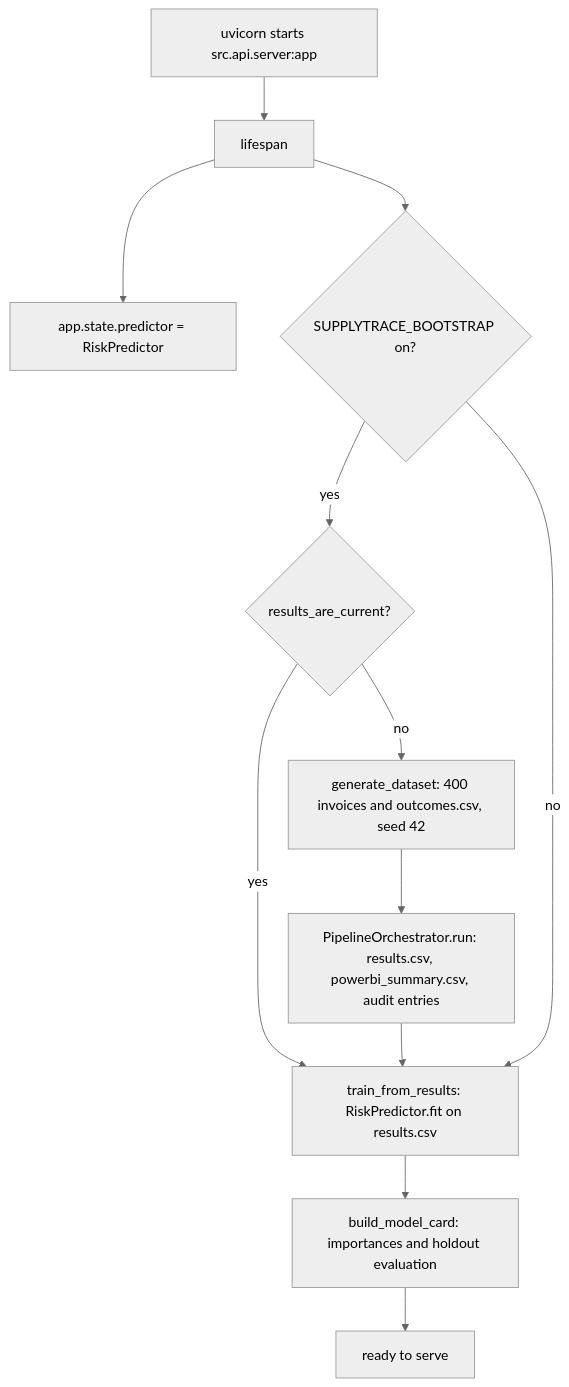
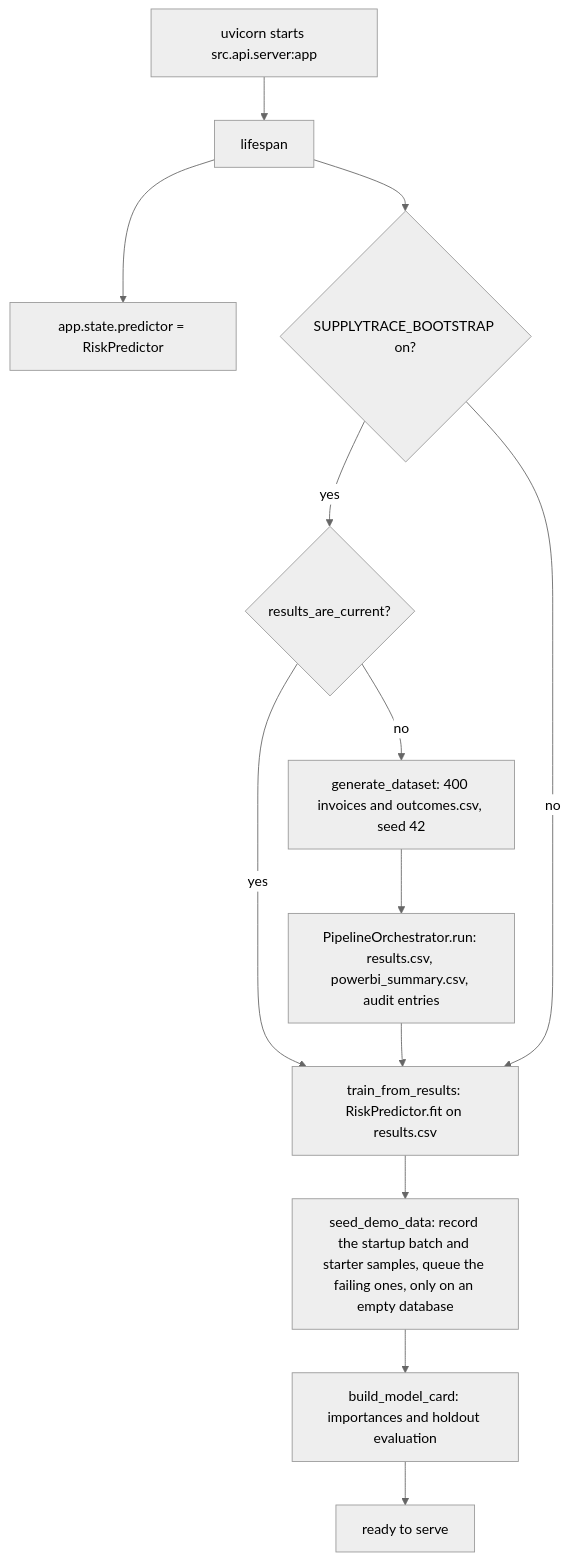
Before and after one commit to vishnuatgit/SupplyTrace: the eighth of 13 diagrams in docs/process-flows.md, drawn with Mermaid (neutral theme). The commit also changed other lines of this file and 9 other files, not shown here.

````diff
--- a/docs/process-flows.md
+++ b/docs/process-flows.md
@@ -270,14 +270,15 @@
 ```mermaid
 flowchart TD
     S[uvicorn starts src.api.server:app] --> L[lifespan]
     L --> P[app.state.predictor = RiskPredictor]
     L --> B{SUPPLYTRACE_BOOTSTRAP on?}
     B -- yes --> C{results_are_current?}
     C -- no --> G[generate_dataset: 400 invoices and outcomes.csv, seed 42]
     G --> O[PipelineOrchestrator.run: results.csv, powerbi_summary.csv, audit entries]
     C -- yes --> T
     O --> T[train_from_results: RiskPredictor.fit on results.csv]
     B -- no --> T
-    T --> M[build_model_card: importances and holdout evaluation]
+    T --> D[seed_demo_data: record the startup batch and starter samples, queue the failing ones, only on an empty database]
+    D --> M[build_model_card: importances and holdout evaluation]
     M --> R[ready to serve]
 ```
````
